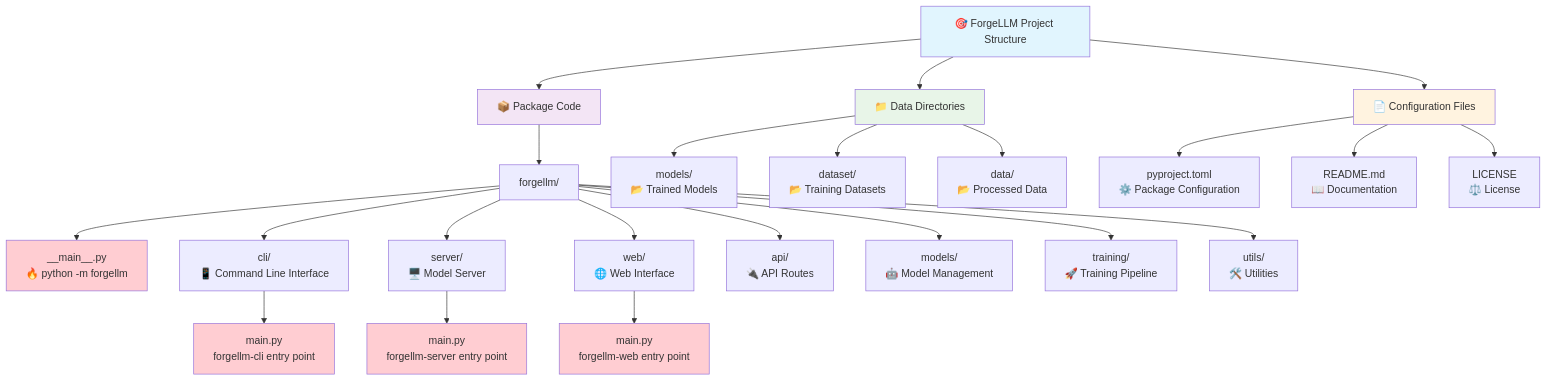
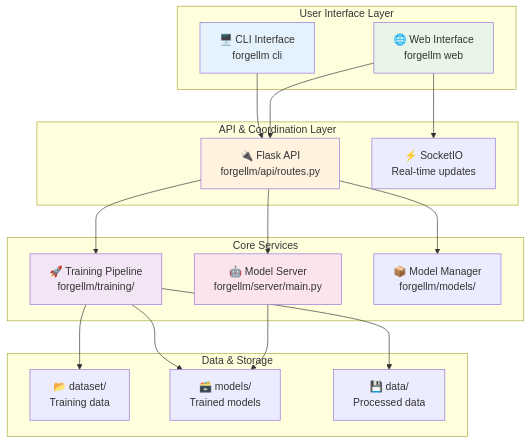
The first of 8 diagrams in docs/architecture.md (lpalbou/ForgeLLM), drawn with Mermaid before and after one commit. The commit also changed other lines of this file and 7 other files, not shown here.

````diff
--- a/docs/architecture.md
+++ b/docs/architecture.md
@@ -8,37 +9,41 @@
 ```mermaid
-graph TD
-    A["🎯 ForgeLLM Project Structure"] --> B["📦 Package Code"]
-    A --> C["📁 Data Directories"]
-    A --> D["📄 Configuration Files"]
+graph TB
+    subgraph "User Interface Layer"
+        CLI["🖥️ CLI Interface<br/>forgellm cli"]
+        WEB["🌐 Web Interface<br/>forgellm web"]
+    end
     
-    B --> E["forgellm/"]
-    E --> F["__main__.py<br/>🔥 python -m forgellm"]
-    E --> G["cli/<br/>📱 Command Line Interface"]
-    E --> H["server/<br/>🖥️ Model Server"]
-    E --> I["web/<br/>🌐 Web Interface"]
-    E --> J["api/<br/>🔌 API Routes"]
-    E --> K["models/<br/>🤖 Model Management"]
-    E --> L["training/<br/>🚀 Training Pipeline"]
-    E --> M["utils/<br/>🛠️ Utilities"]
+    subgraph "API & Coordination Layer"
+        API["🔌 Flask API<br/>forgellm/api/routes.py"]
+        SOCKET["⚡ SocketIO<br/>Real-time updates"]
+    end
     
-    G --> G1["main.py<br/>forgellm-cli entry point"]
-    H --> H1["main.py<br/>forgellm-server entry point"]
-    I --> I1["main.py<br/>forgellm-web entry point"]
+    subgraph "Core Services"
+        MODEL_SERVER["🤖 Model Server<br/>forgellm/server/main.py"]
+        TRAINING["🚀 Training Pipeline<br/>forgellm/training/"]
+        MODEL_MGR["📦 Model Manager<br/>forgellm/models/"]
+    end
     
-    C --> N["models/<br/>📂 Trained Models"]
-    C --> O["dataset/<br/>📂 Training Datasets"]
-    C --> P["data/<br/>📂 Processed Data"]
+    subgraph "Data & Storage"
+        DATASET["📂 dataset/<br/>Training data"]
+        MODELS["🗃️ models/<br/>Trained models"]
+        DATA["💾 data/<br/>Processed data"]
+    end
     
-    D --> Q["pyproject.toml<br/>⚙️ Package Configuration"]
-    D --> R["README.md<br/>📖 Documentation"]
-    D --> S["LICENSE<br/>⚖️ License"]
+    CLI --> API
+    WEB --> API
+    WEB --> SOCKET
+    API --> MODEL_SERVER
+    API --> TRAINING
+    API --> MODEL_MGR
+    TRAINING --> DATASET
+    TRAINING --> MODELS
+    TRAINING --> DATA
+    MODEL_SERVER --> MODELS
     
-    style A fill:#e1f5fe
-    style B fill:#f3e5f5
-    style C fill:#e8f5e8
-    style D fill:#fff3e0
-    style F fill:#ffcdd2
-    style G1 fill:#ffcdd2
-    style H1 fill:#ffcdd2
-    style I1 fill:#ffcdd2
+    style CLI fill:#e3f2fd
+    style WEB fill:#e8f5e8
+    style API fill:#fff3e0
+    style MODEL_SERVER fill:#fce4ec
+    style TRAINING fill:#f3e5f5
 ```
````
